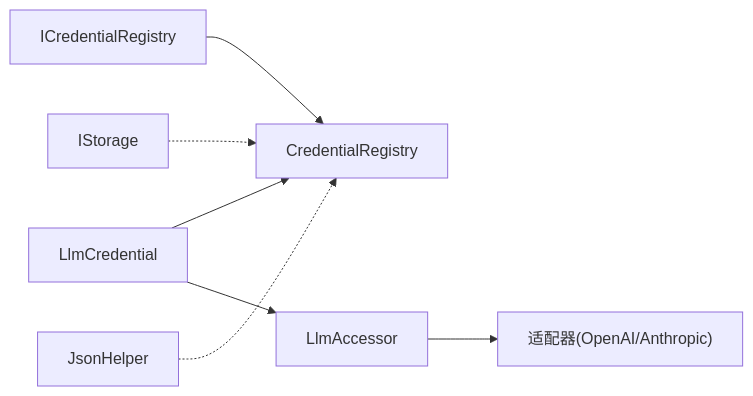
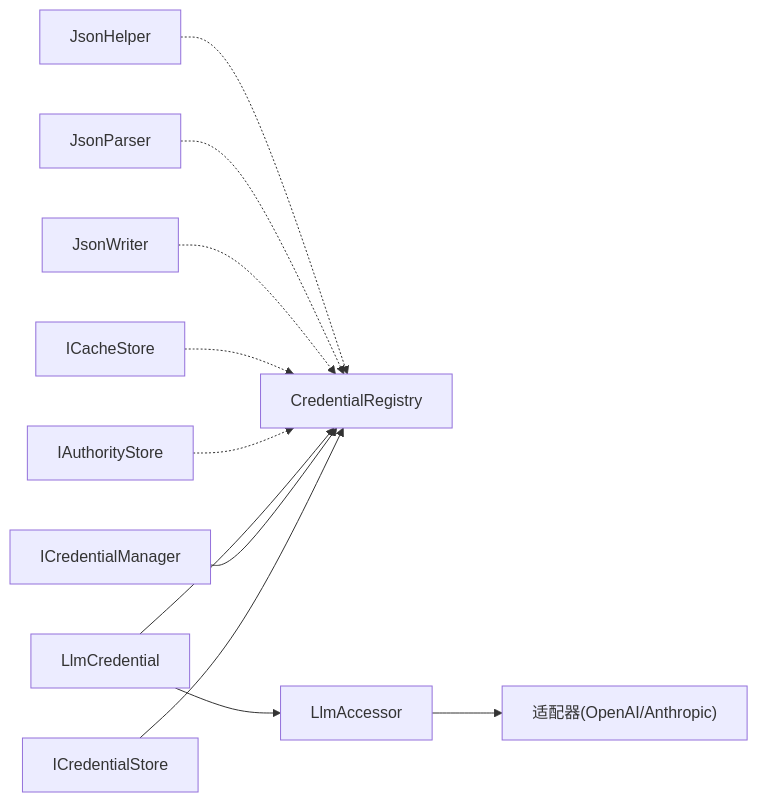
One commit to suzvka/NPCLife changed the fifth of 5 diagrams in .qoder/repowiki/zh/content/基础设施实现/凭证管理.md. Above: the diagram before and after it, drawn with Mermaid. The commit also changed other lines of this file and 11 other files, not shown here.

````diff
--- a/.qoder/repowiki/zh/content/基础设施实现/凭证管理.md
+++ b/.qoder/repowiki/zh/content/基础设施实现/凭证管理.md
@@ -311,9 +312,13 @@
 ```mermaid
 graph LR
-ICredReg["ICredentialRegistry"] --> CredReg["CredentialRegistry"]
+ICredStore["ICredentialStore"] --> CredReg["CredentialRegistry"]
+ICredMgr["ICredentialManager"] --> CredReg
 LCred["LlmCredential"] --> CredReg
 LCred --> LlmAcc["LlmAccessor"]
 LlmAcc --> Adapter["适配器(OpenAI/Anthropic)"]
-IStore["IStorage"] -.-> CredReg
-JsonH["JsonHelper"] -.-> CredReg
+IAuthStore["IAuthorityStore"] -.-> CredReg
+ICacheStore["ICacheStore"] -.-> CredReg
+JW["JsonWriter"] -.-> CredReg
+JP["JsonParser"] -.-> CredReg
+JH["JsonHelper"] -.-> CredReg
 ```
````
